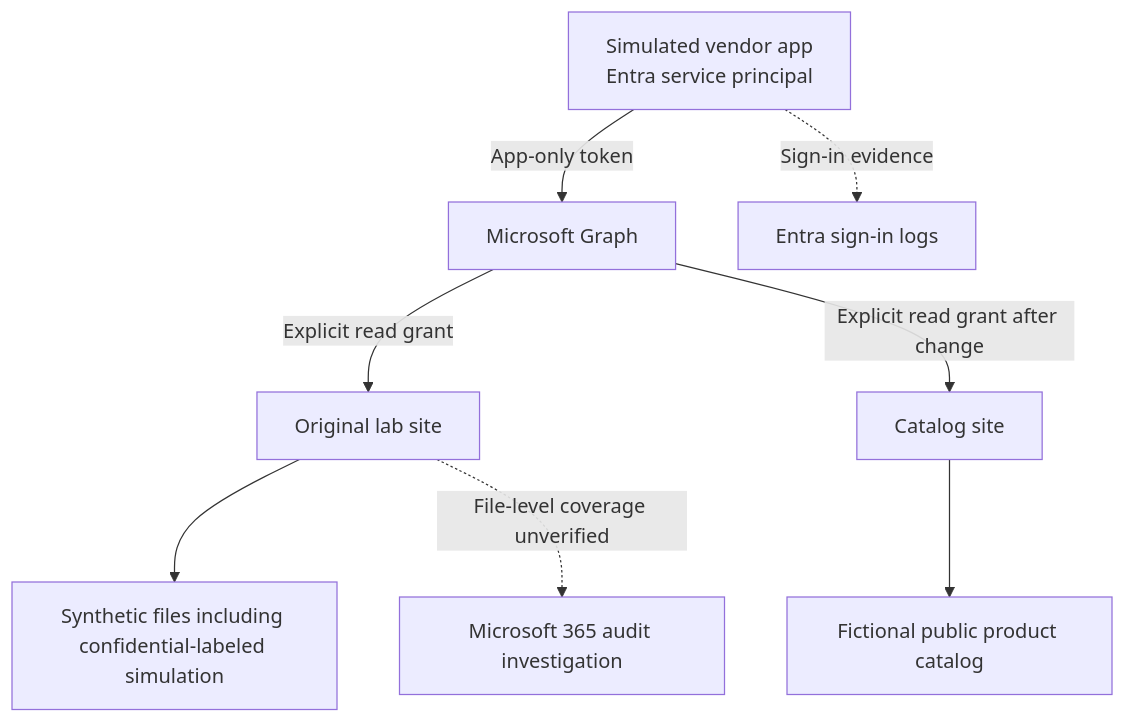
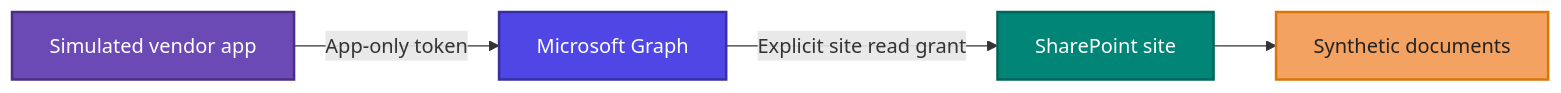
One commit to mahimakulkarnii/third-party-access-risk-lab changed the first of 2 diagrams in README.md. Above: the diagram before and after it, drawn with Mermaid. The commit also changed other lines of this file, not shown here.

````diff
--- a/README.md
+++ b/README.md
@@ -29,10 +44,15 @@
 ```mermaid
-flowchart TB
-    A[Simulated vendor app\nEntra service principal] -->|App-only token| B[Microsoft Graph]
-    B -->|Explicit read grant| C[Original lab site]
-    B -->|Explicit read grant after change| D[Catalog site]
-    C --> E[Synthetic files including confidential-labeled simulation]
-    D --> F[Fictional public product catalog]
-    A -.->|Sign-in evidence| G[Entra sign-in logs]
-    C -.->|File-level coverage unverified| H[Microsoft 365 audit investigation]
+flowchart LR
+    A[Simulated vendor app] -->|App-only token| B[Microsoft Graph]
+    B -->|Explicit site read grant| C[SharePoint site]
+    C --> D[Synthetic documents]
+
+    classDef app fill:#6C4AB6,color:#fff,stroke:#4B2E83,stroke-width:2px;
+    classDef api fill:#4F46E5,color:#fff,stroke:#3730A3,stroke-width:2px;
+    classDef site fill:#008577,color:#fff,stroke:#00665B,stroke-width:2px;
+    classDef data fill:#F4A261,color:#222,stroke:#D97706,stroke-width:2px;
+    class A app;
+    class B api;
+    class C site;
+    class D data;
 ```
````
